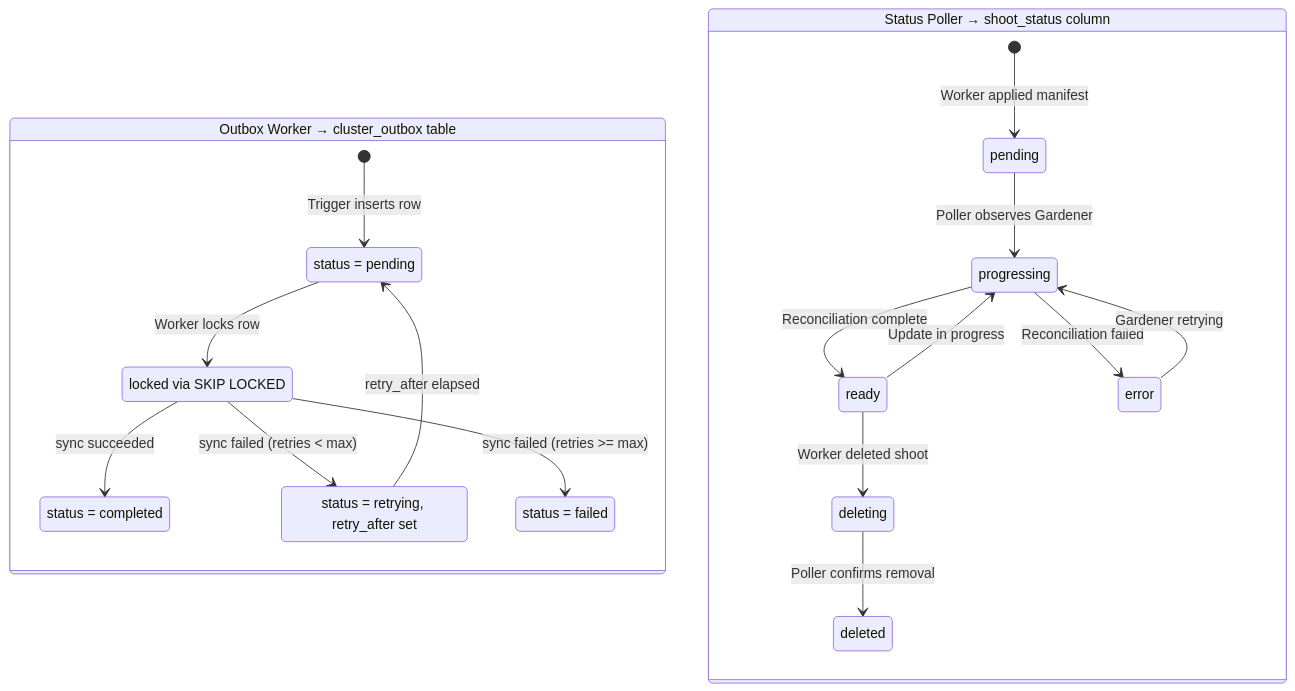
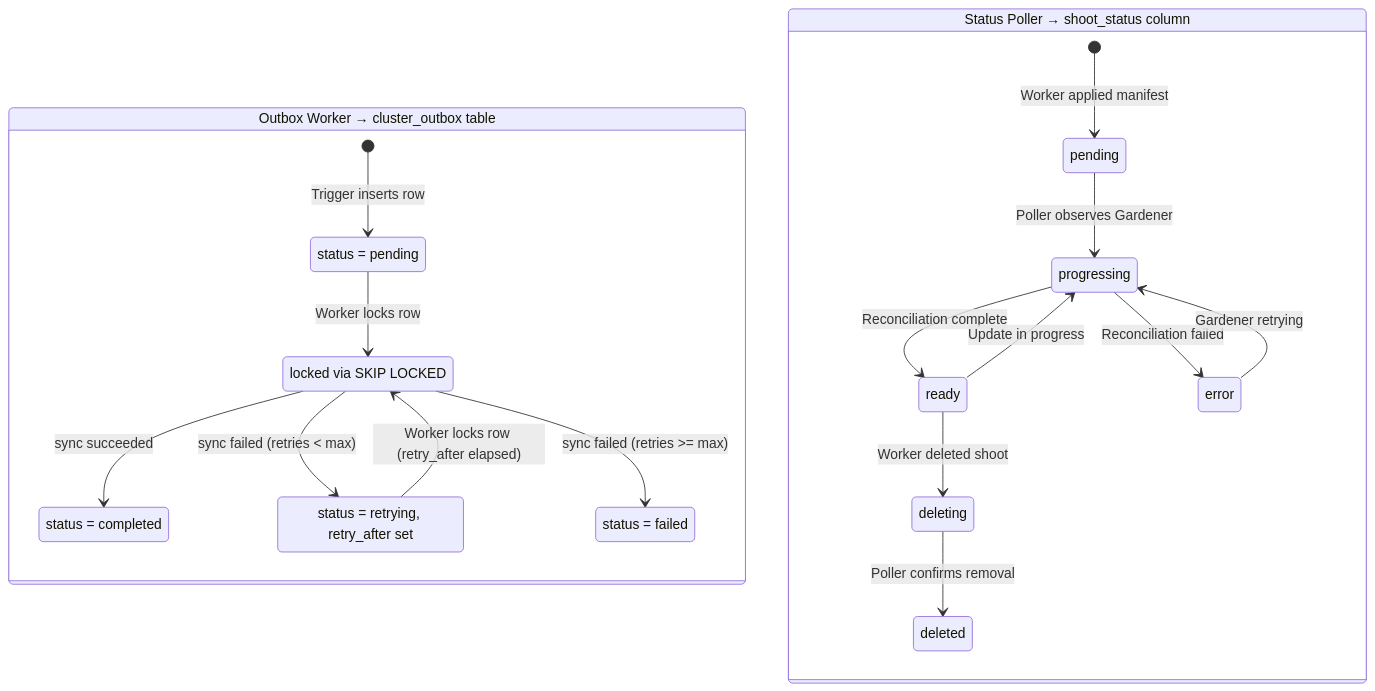
Before and after one commit to fundament-oss/fundament: the second of 2 diagrams in cluster-worker/README.md, drawn with Mermaid. The commit also changed other lines of this file and 29 other files, not shown here.

````diff
--- a/cluster-worker/README.md
+++ b/cluster-worker/README.md
@@ -130,37 +130,37 @@
 ```mermaid
 stateDiagram-v2
     direction TB
 
     state "Outbox Worker → cluster_outbox table" as outbox {
         [*] --> Pending: Trigger inserts row
         Pending --> Processing: Worker locks row
         Processing --> Completed: sync succeeded
         Processing --> Retrying: sync failed (retries < max)
         Processing --> Failed: sync failed (retries >= max)
-        Retrying --> Pending: retry_after elapsed
+        Retrying --> Processing: Worker locks row (retry_after elapsed)
 
         Pending: status = pending
         Processing: locked via SKIP LOCKED
         Retrying: status = retrying, retry_after set
         Completed: status = completed
         Failed: status = failed
     }
 
     state "Status Poller → shoot_status column" as poller {
         [*] --> Pending2: Worker applied manifest
         Pending2 --> Progressing: Poller observes Gardener
         Progressing --> Ready: Reconciliation complete
         Progressing --> Error: Reconciliation failed
         Error --> Progressing: Gardener retrying
         Ready --> Progressing: Update in progress
         Ready --> Deleting: Worker deleted shoot
         Deleting --> Deleted: Poller confirms removal
 
         Pending2: pending
         Progressing: progressing
         Ready: ready
         Error: error
         Deleting: deleting
         Deleted: deleted
     }
 ```
````
